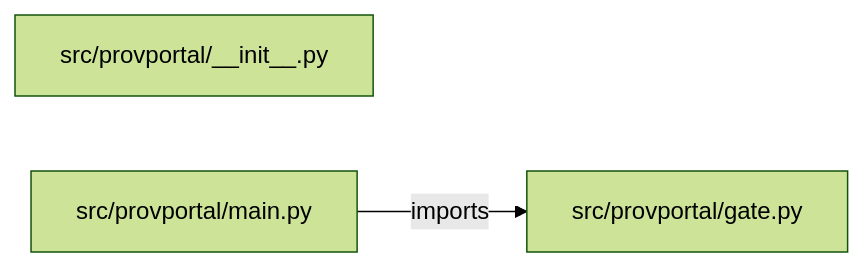
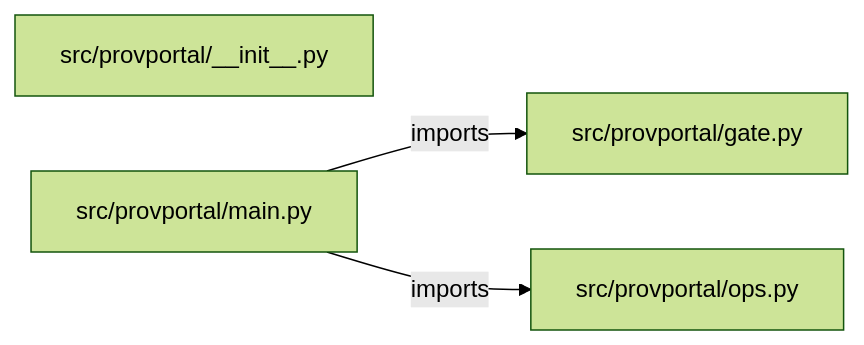
The diagram in PROJECT_ARCHITECTURE.md (iarsingh/infrastructure-provisioning-portal), drawn with Mermaid (forest theme) before and after one commit. The commit also changed other lines of this file and 2 other files, not shown here.

Commit message:
Refresh architecture and interview guides from current implementation

````diff
--- a/PROJECT_ARCHITECTURE.md
+++ b/PROJECT_ARCHITECTURE.md
@@ -13,7 +13,9 @@
 ```mermaid
 flowchart LR
     M0["src/provportal/__init__.py"]
     M1["src/provportal/gate.py"]
     M2["src/provportal/main.py"]
+    M3["src/provportal/ops.py"]
     M2 -->|imports| M1
+    M2 -->|imports| M3
 ```
````
